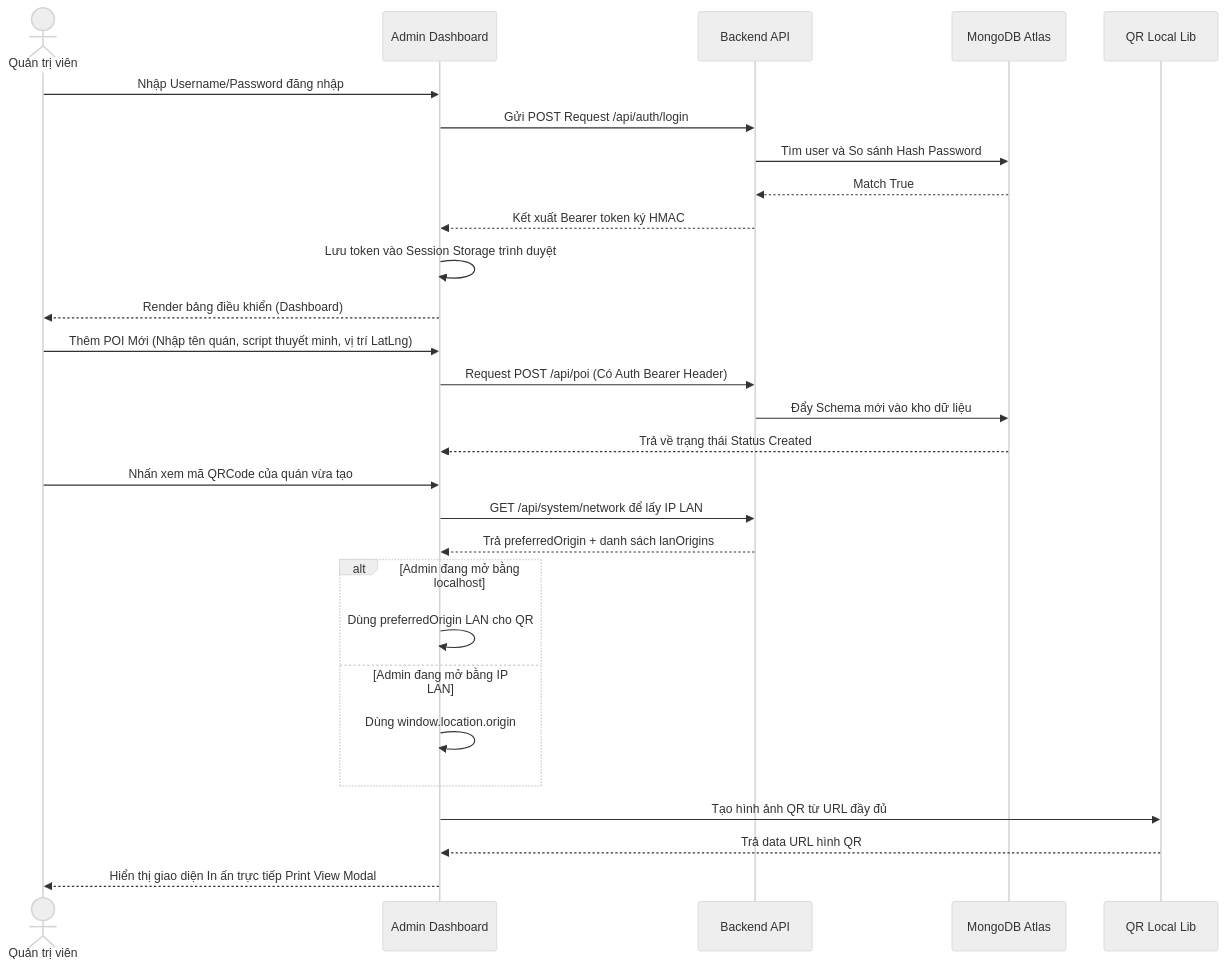
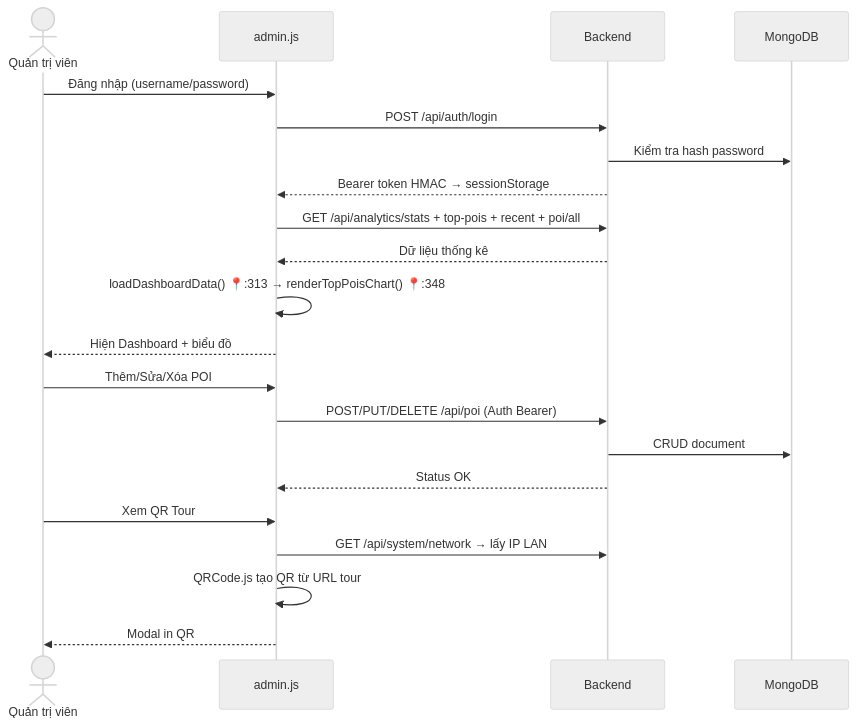
The fifth of 7 diagrams in PRD_VinhKhanh_Final2.md (Hzyl/CShape), drawn with Mermaid (neutral theme) before and after one commit. The commit also changed other lines of this file and 3 other files, not shown here.

````diff
--- a/PRD_VinhKhanh_Final2.md
+++ b/PRD_VinhKhanh_Final2.md
@@ -273,33 +285,27 @@
 ```mermaid
 sequenceDiagram
     actor Admin as Quản trị viên
-    participant Web as Admin Dashboard
-    participant API as Backend API
-    participant DB as MongoDB Atlas
-    participant QRGen as QR Local Lib
+    participant Web as admin.js
+    participant API as Backend
+    participant DB as MongoDB
 
-    Admin->>Web: Nhập Username/Password đăng nhập
-    Web->>API: Gửi POST Request /api/auth/login
-    API->>DB: Tìm user và So sánh Hash Password
-    DB-->>API: Match True
-    API-->>Web: Kết xuất Bearer token ký HMAC
-    Web->>Web: Lưu token vào Session Storage trình duyệt
-    Web-->>Admin: Render bảng điều khiển (Dashboard)
-    
-    Admin->>Web: Thêm POI Mới (Nhập tên quán, script thuyết minh, vị trí LatLng)
-    Web->>API: Request POST /api/poi (Có Auth Bearer Header)
-    API->>DB: Đẩy Schema mới vào kho dữ liệu
-    DB-->>Web: Trả về trạng thái Status Created
-    
-    Admin->>Web: Nhấn xem mã QRCode của quán vừa tạo
-    Web->>API: GET /api/system/network để lấy IP LAN
-    API-->>Web: Trả preferredOrigin + danh sách lanOrigins
-    alt Admin đang mở bằng localhost
-        Web->>Web: Dùng preferredOrigin LAN cho QR
-    else Admin đang mở bằng IP LAN
-        Web->>Web: Dùng window.location.origin
-    end
-    Web->>QRGen: Tạo hình ảnh QR từ URL đầy đủ
-    QRGen-->>Web: Trả data URL hình QR
-    Web-->>Admin: Hiển thị giao diện In ấn trực tiếp Print View Modal
+    Admin->>Web: Đăng nhập (username/password)
+    Web->>API: POST /api/auth/login
+    API->>DB: Kiểm tra hash password
+    API-->>Web: Bearer token HMAC → sessionStorage
+
+    Web->>API: GET /api/analytics/stats + top-pois + recent + poi/all
+    API-->>Web: Dữ liệu thống kê
+    Web->>Web: loadDashboardData() 📍:313 → renderTopPoisChart() 📍:348
+    Web-->>Admin: Hiện Dashboard + biểu đồ
+
+    Admin->>Web: Thêm/Sửa/Xóa POI
+    Web->>API: POST/PUT/DELETE /api/poi (Auth Bearer)
+    API->>DB: CRUD document
+    API-->>Web: Status OK
+
+    Admin->>Web: Xem QR Tour
+    Web->>API: GET /api/system/network → lấy IP LAN
+    Web->>Web: QRCode.js tạo QR từ URL tour
+    Web-->>Admin: Modal in QR
 ```
````
